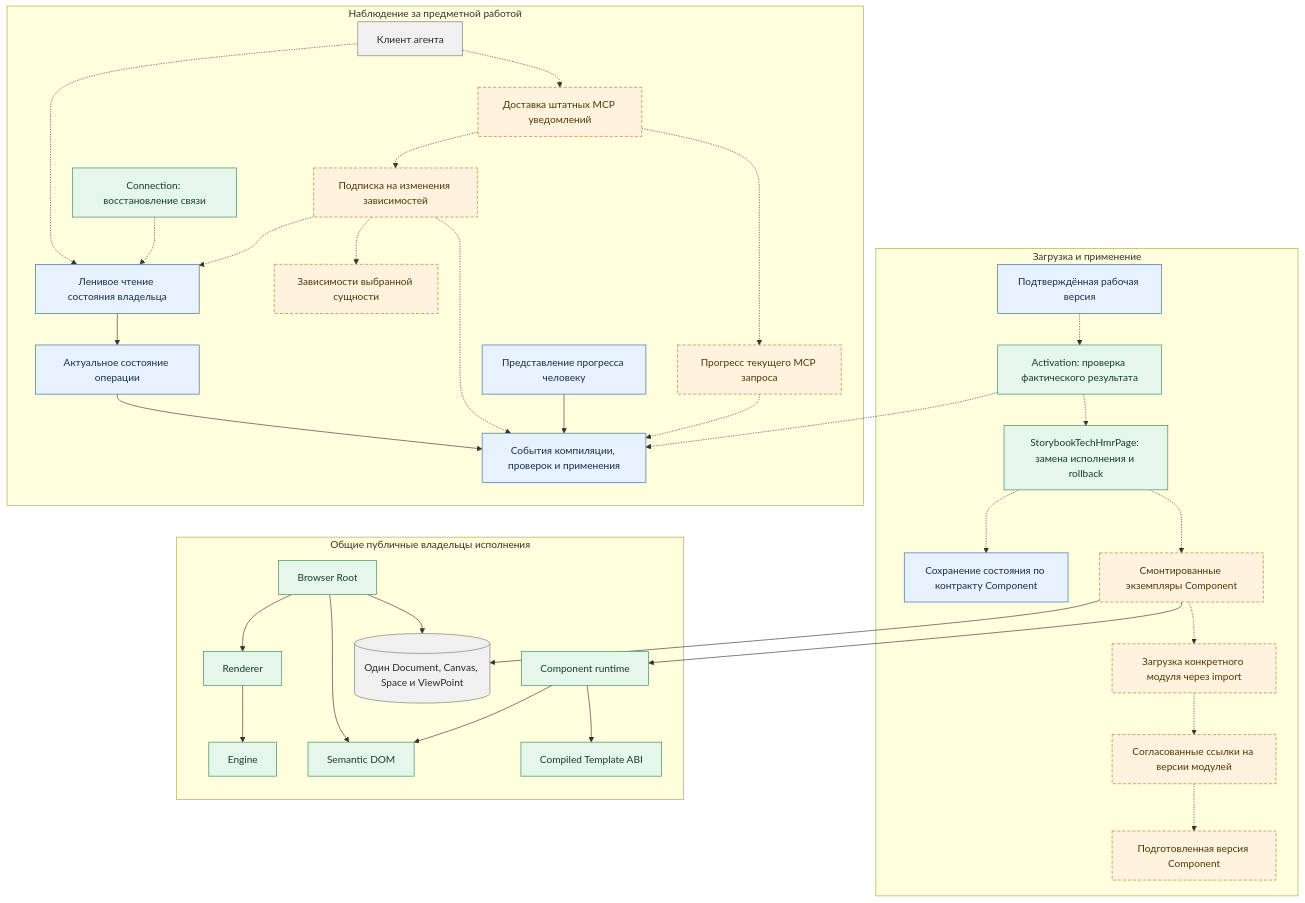
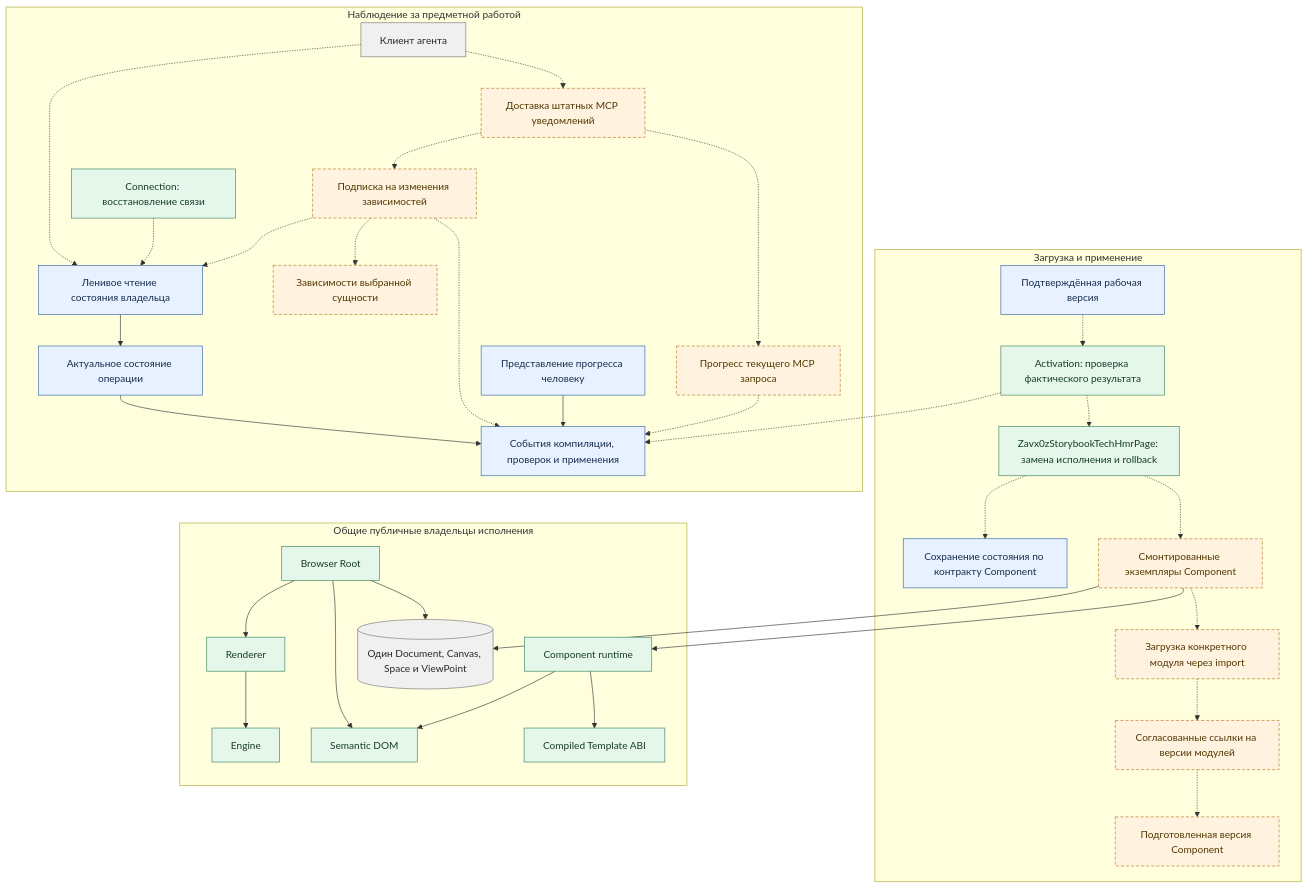
Before and after one commit to zavx0z/storybook: the diagram in app/web/build/notes/draft-decomposition-runtime.mmd, drawn with Mermaid. The commit also changed 923 other files, not shown here.

```diff
--- a/app/web/build/notes/draft-decomposition-runtime.mmd
+++ b/app/web/build/notes/draft-decomposition-runtime.mmd
@@ -1,76 +1,76 @@
 %% Целевая компонентная загрузка и доставка обратной связи.
 %% Пунктир — предлагаемые связи. Существующий HMR действует на package/page scope;
 %% использование его для отдельного Component ещё требует проверки контракта.
 %% Источники: runtime/revision-loader.ts, runtime/component-presentation.ts,
 %% runtime/page-entry.ts, tech/hmr/page, hmr/activation, tech/hmr/connection,
 %% server/events.ts, mcp/server/index.ts, mcp/server/src/resources.ts.
 flowchart TB
   subgraph runtime["Загрузка и применение"]
     Candidate["Подготовленная версия Component"]
     ModuleMap["Согласованные ссылки на версии модулей"]
     ModuleLoader["Загрузка конкретного модуля через import"]
     Instances["Смонтированные экземпляры Component"]
-    Replace["StorybookTechHmrPage: замена исполнения и rollback"]
+    Replace["Zavx0zStorybookTechHmrPage: замена исполнения и rollback"]
     StateTransfer["Сохранение состояния по контракту Component"]
     Activation["Activation: проверка фактического результата"]
     ActiveVersion["Подтверждённая рабочая версия"]
     ModuleMap -.-> Candidate
     ModuleLoader -.-> ModuleMap
     Instances -.-> ModuleLoader
     Replace -.-> Instances
     Replace -.-> StateTransfer
     Activation -.-> Replace
     ActiveVersion -.-> Activation
   end
 
   subgraph common["Общие публичные владельцы исполнения"]
     Browser["Browser Root"]
     ComponentRuntime["Component runtime"]
     TemplateRuntime["Compiled Template ABI"]
     Dom["Semantic DOM"]
     Renderer["Renderer"]
     Engine["Engine"]
     Experience[("Один Document, Canvas, Space и ViewPoint")]
     Browser --> Experience
     Browser --> Dom
     Browser --> Renderer
     Renderer --> Engine
     ComponentRuntime --> TemplateRuntime
     ComponentRuntime --> Dom
     Instances --> ComponentRuntime
     Instances --> Experience
   end
 
   subgraph observation["Наблюдение за предметной работой"]
     OperationEvents["События компиляции, проверок и применения"]
     OperationState["Актуальное состояние операции"]
     Interested["Зависимости выбранной сущности"]
     ReadState["Ленивое чтение состояния владельца"]
     RequestProgress["Прогресс текущего MCP запроса"]
     DependencySubscription["Подписка на изменения зависимостей"]
     Reconnect["Connection: восстановление связи"]
     McpDelivery["Доставка штатных MCP уведомлений"]
     Client["Клиент агента"]
     ProgressView["Представление прогресса человеку"]
     OperationState --> OperationEvents
     ReadState --> OperationState
     RequestProgress -.-> OperationEvents
     DependencySubscription -.-> OperationEvents
     DependencySubscription -.-> Interested
     DependencySubscription -.-> ReadState
     Reconnect -.-> ReadState
     McpDelivery -.-> RequestProgress
     McpDelivery -.-> DependencySubscription
     Client -.-> McpDelivery
     Client -.-> ReadState
     ProgressView --> OperationEvents
     Activation -.-> OperationEvents
   end
   classDef existing fill:#e8f1ff,stroke:#3266a8,color:#162e4b
   classDef public fill:#e5f6eb,stroke:#39835a,color:#183d29
   classDef planned fill:#fff3df,stroke:#b57720,stroke-dasharray:5 3,color:#513600
   classDef data fill:#f0f0f0,stroke:#777,color:#292929
   class StateTransfer,ActiveVersion,OperationEvents,OperationState,ReadState,ProgressView existing
   class Browser,ComponentRuntime,TemplateRuntime,Dom,Renderer,Engine,Replace,Activation,Reconnect public
   class Candidate,ModuleMap,ModuleLoader,Instances,Interested,RequestProgress,DependencySubscription,McpDelivery planned
   class Experience,Client data
```
